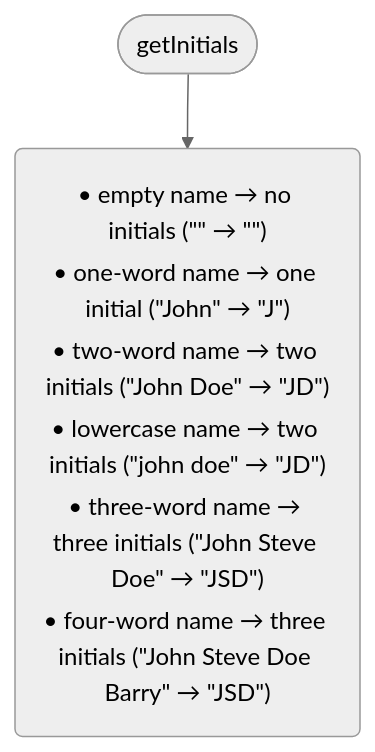
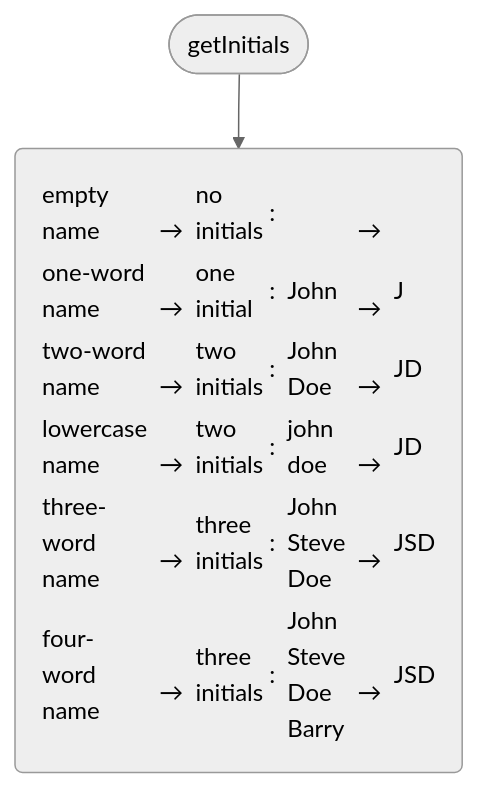
The diagram in example-specs/tables/utils.spec.ts.mmd (arnaudrenaud/speccharts), drawn with Mermaid (neutral theme) before and after one commit. The commit also changed 3 other files, not shown here.

Commit message:
Update table example, charts

```diff
--- a/example-specs/tables/utils.spec.ts.mmd
+++ b/example-specs/tables/utils.spec.ts.mmd
@@ -1,6 +1,6 @@
 flowchart TD
 N0(["getInitials"])
-N1("<table><tr><td>• empty name → no initials (&quot&quot → &quot&quot)</td></tr><tr><td>• one-word name → one initial (&quotJohn&quot → &quotJ&quot)</td></tr><tr><td>• two-word name → two initials (&quotJohn Doe&quot → &quotJD&quot)</td></tr><tr><td>• lowercase name → two initials (&quotjohn doe&quot → &quotJD&quot)</td></tr><tr><td>• three-word name → three initials (&quotJohn Steve Doe&quot → &quotJSD&quot)</td></tr><tr><td>• four-word name → three initials (&quotJohn Steve Doe Barry&quot → &quotJSD&quot)</td></tr></table>")
+N1("<table style='text-align: left;'><tr><td>empty name</td><td> → </td><td>no initials</td><td>: </td><td></td><td> → </td><td></td></tr><tr><td>one-word name</td><td> → </td><td>one initial</td><td>: </td><td>John</td><td> → </td><td>J</td></tr><tr><td>two-word name</td><td> → </td><td>two initials</td><td>: </td><td>John Doe</td><td> → </td><td>JD</td></tr><tr><td>lowercase name</td><td> → </td><td>two initials</td><td>: </td><td>john doe</td><td> → </td><td>JD</td></tr><tr><td>three-word name</td><td> → </td><td>three initials</td><td>: </td><td>John Steve Doe</td><td> → </td><td>JSD</td></tr><tr><td>four-word name</td><td> → </td><td>three initials</td><td>: </td><td>John Steve Doe Barry</td><td> → </td><td>JSD</td></tr></table>")
 N0 --> N1
 
-%% ✴ Generated by speccharts v0.4.3 ✴ https://github.com/arnaudrenaud/speccharts
+%% ✴ Generated by speccharts v0.4.5 ✴ https://github.com/arnaudrenaud/speccharts
```
